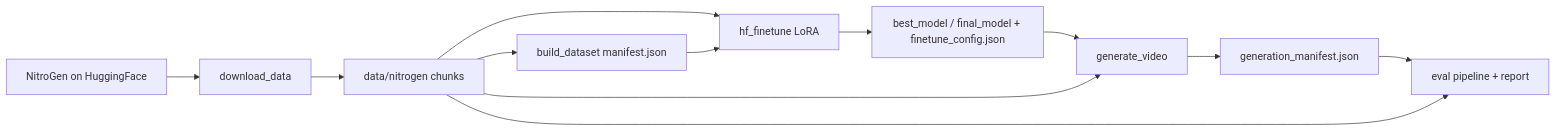
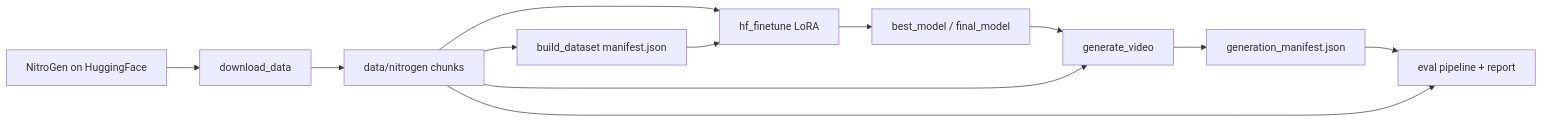
Before and after one commit to LaoZhongjie/nitrogen-game-agent-adaptation: the diagram in docs/technical_report.md, drawn with Mermaid. The commit also changed other lines of this file, not shown here.

````diff
--- a/docs/technical_report.md
+++ b/docs/technical_report.md
@@ -126,14 +128,14 @@
 ```mermaid
 flowchart LR
   HF[NitroGen on HuggingFace] --> DL[download_data]
   DL --> ND[data/nitrogen chunks]
   ND --> MF[build_dataset manifest.json]
   ND --> FT[hf_finetune LoRA]
   MF --> FT
-  FT --> CK[best_model / final_model + finetune_config.json]
+  FT --> CK[best_model / final_model]
   CK --> GEN[generate_video]
   ND --> GEN
   GEN --> GM[generation_manifest.json]
   GM --> EV[eval pipeline + report]
   ND --> EV
 ```
````
